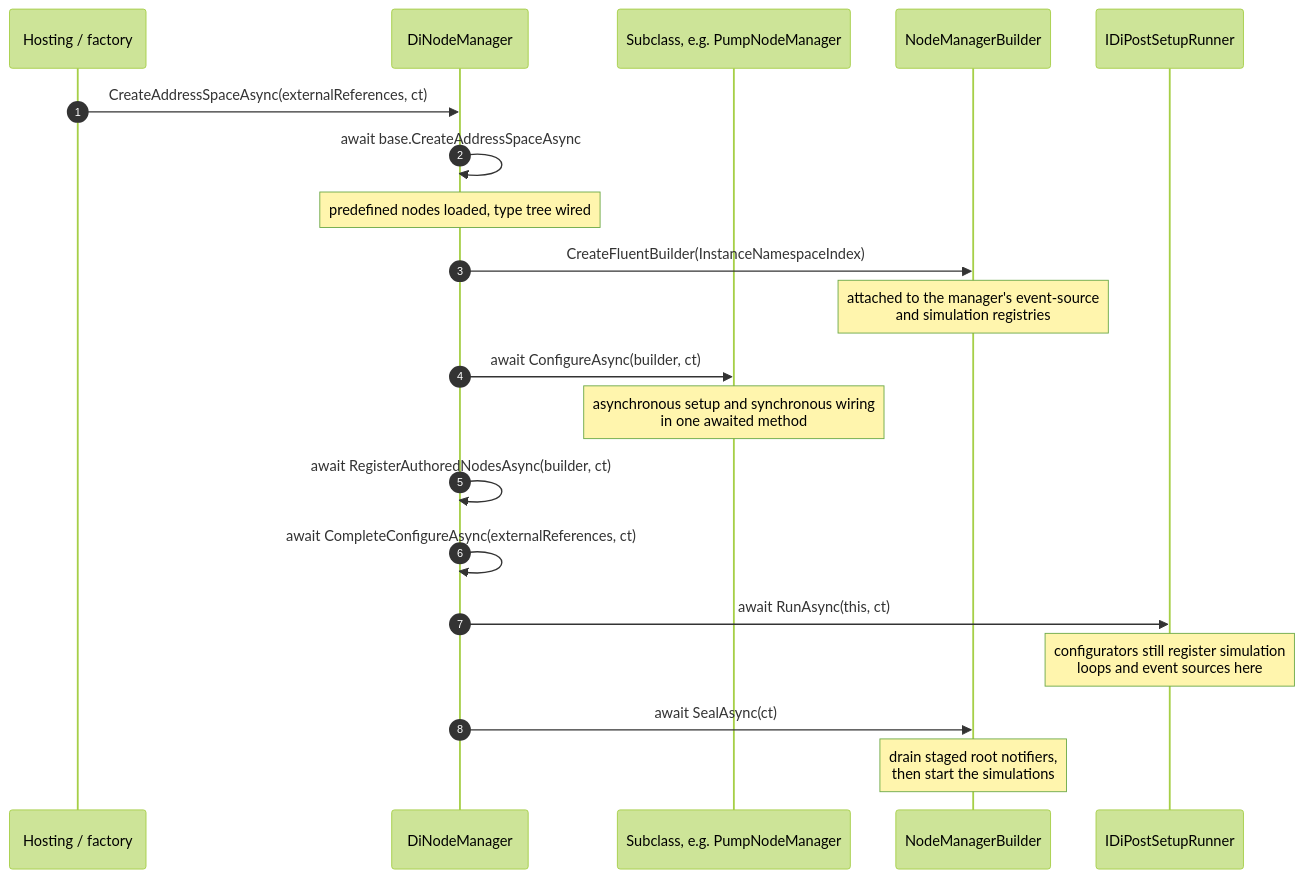
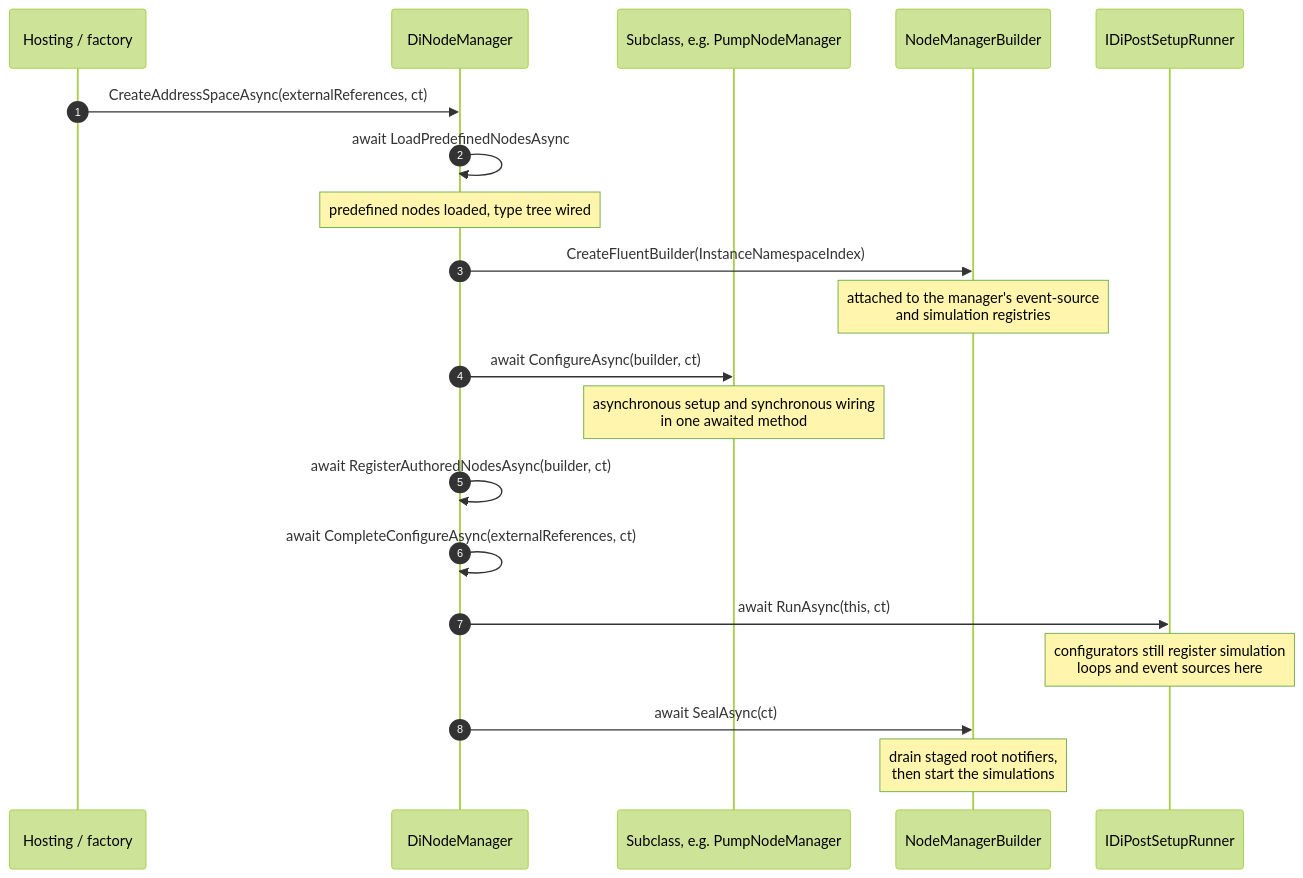
The diagram in docs/DeviceIntegration.md (OPCFoundation/UA-.NETStandard), drawn with Mermaid (forest theme) before and after one commit. The commit also changed other lines of this file and 13 other files, not shown here.

````diff
--- a/docs/DeviceIntegration.md
+++ b/docs/DeviceIntegration.md
@@ -578,27 +578,27 @@
 ```mermaid
 sequenceDiagram
     autonumber
     participant Host as Hosting / factory
     participant Base as DiNodeManager
     participant Sub as Subclass, e.g. PumpNodeManager
     participant B as NodeManagerBuilder
     participant Run as IDiPostSetupRunner
 
     Host->>Base: CreateAddressSpaceAsync(externalReferences, ct)
-    Base->>Base: await base.CreateAddressSpaceAsync
+    Base->>Base: await LoadPredefinedNodesAsync
     Note over Base: predefined nodes loaded, type tree wired
     Base->>B: CreateFluentBuilder(InstanceNamespaceIndex)
     Note over B: attached to the manager's event-source<br/>and simulation registries
 
     Base->>Sub: await ConfigureAsync(builder, ct)
     Note over Sub: asynchronous setup and synchronous wiring<br/>in one awaited method
 
     Base->>Base: await RegisterAuthoredNodesAsync(builder, ct)
     Base->>Base: await CompleteConfigureAsync(externalReferences, ct)
 
     Base->>Run: await RunAsync(this, ct)
     Note over Run: configurators still register simulation<br/>loops and event sources here
 
     Base->>B: await SealAsync(ct)
     Note over B: drain staged root notifiers,<br/>then start the simulations
 ```
````
